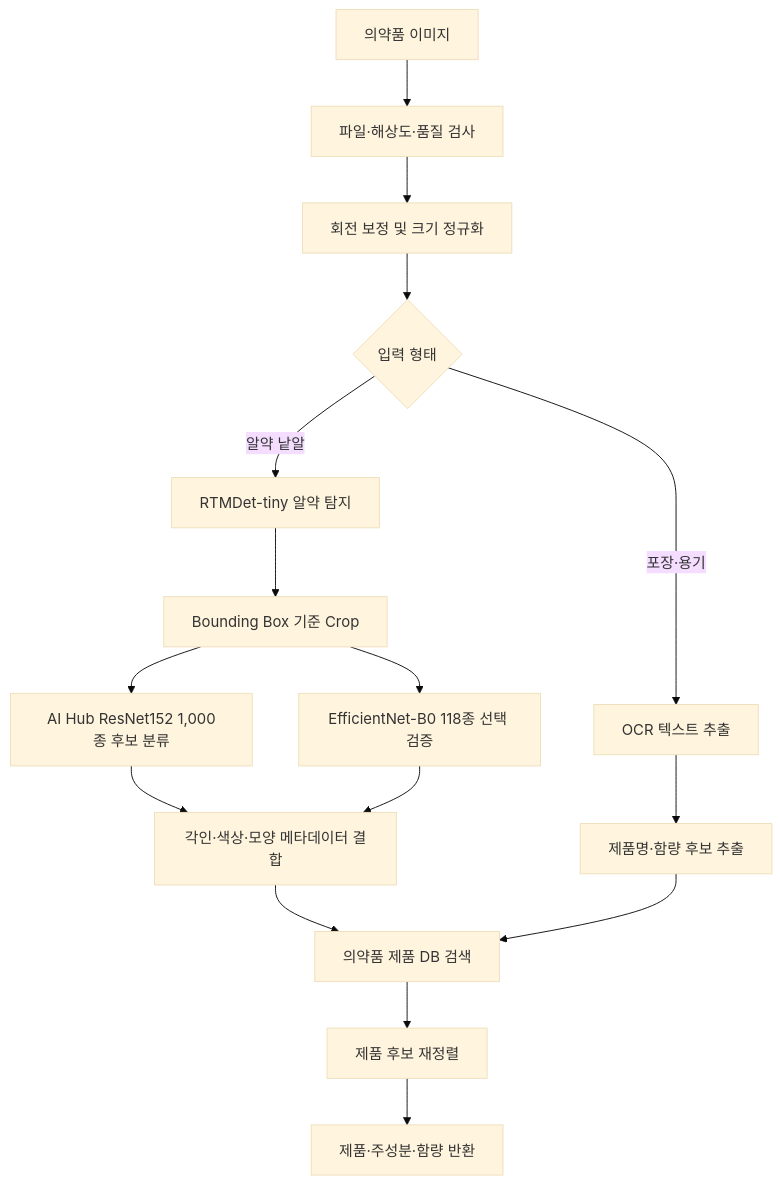
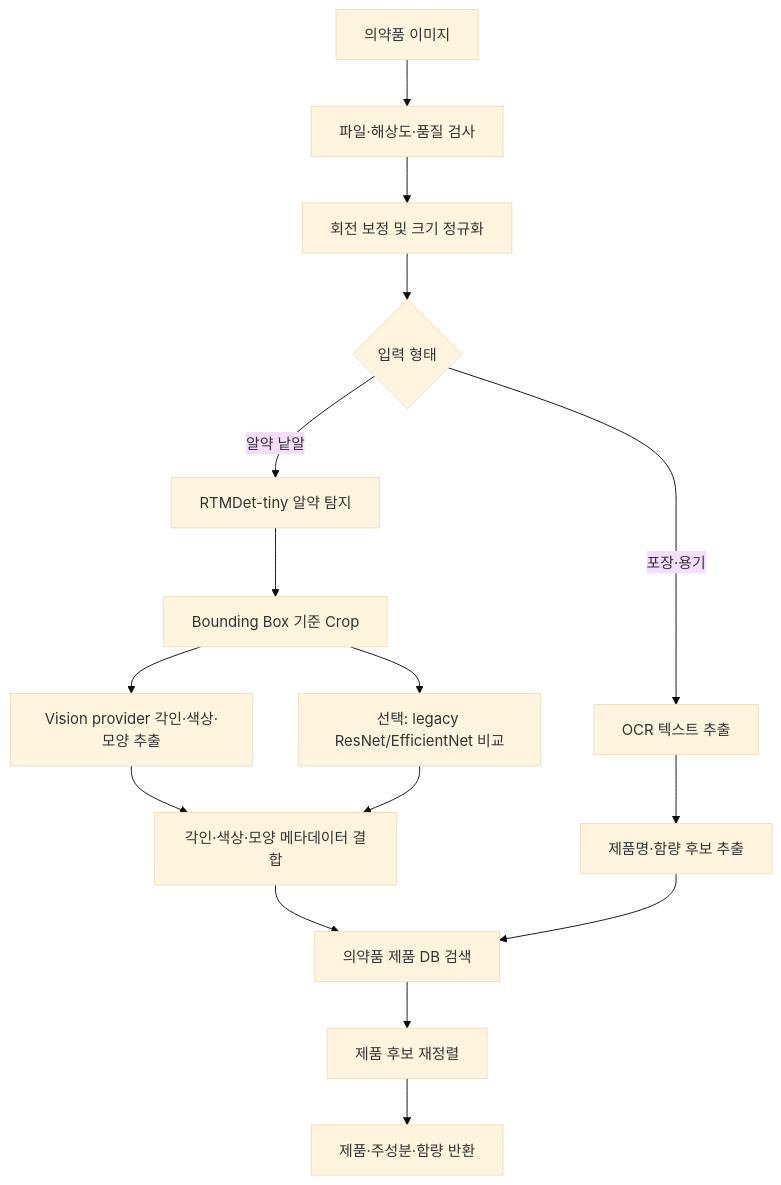
Before and after one commit to iccas6-click/ai: the second of 3 diagrams in README.md, drawn with Mermaid (base theme). The commit also changed other lines of this file and 44 other files, not shown here.

````diff
--- a/README.md
+++ b/README.md
@@ -81,18 +83,18 @@
 ```mermaid
 flowchart TD
     A["의약품 이미지"] --> B["파일·해상도·품질 검사"]
     B --> C["회전 보정 및 크기 정규화"]
     C --> D{"입력 형태"}
     D -->|"알약 낱알"| E["RTMDet-tiny 알약 탐지"]
     E --> F["Bounding Box 기준 Crop"]
-    F --> G["AI Hub ResNet152 1,000종 후보 분류"]
-    F --> H["EfficientNet-B0 118종 선택 검증"]
+    F --> G["Vision provider 각인·색상·모양 추출"]
+    F --> H["선택: legacy ResNet/EfficientNet 비교"]
     D -->|"포장·용기"| O["OCR 텍스트 추출"]
     G --> I["각인·색상·모양 메타데이터 결합"]
     H --> I
     O --> J["제품명·함량 후보 추출"]
     I --> K["의약품 제품 DB 검색"]
     J --> K
     K --> L["제품 후보 재정렬"]
     L --> M["제품·주성분·함량 반환"]
 ```
````
